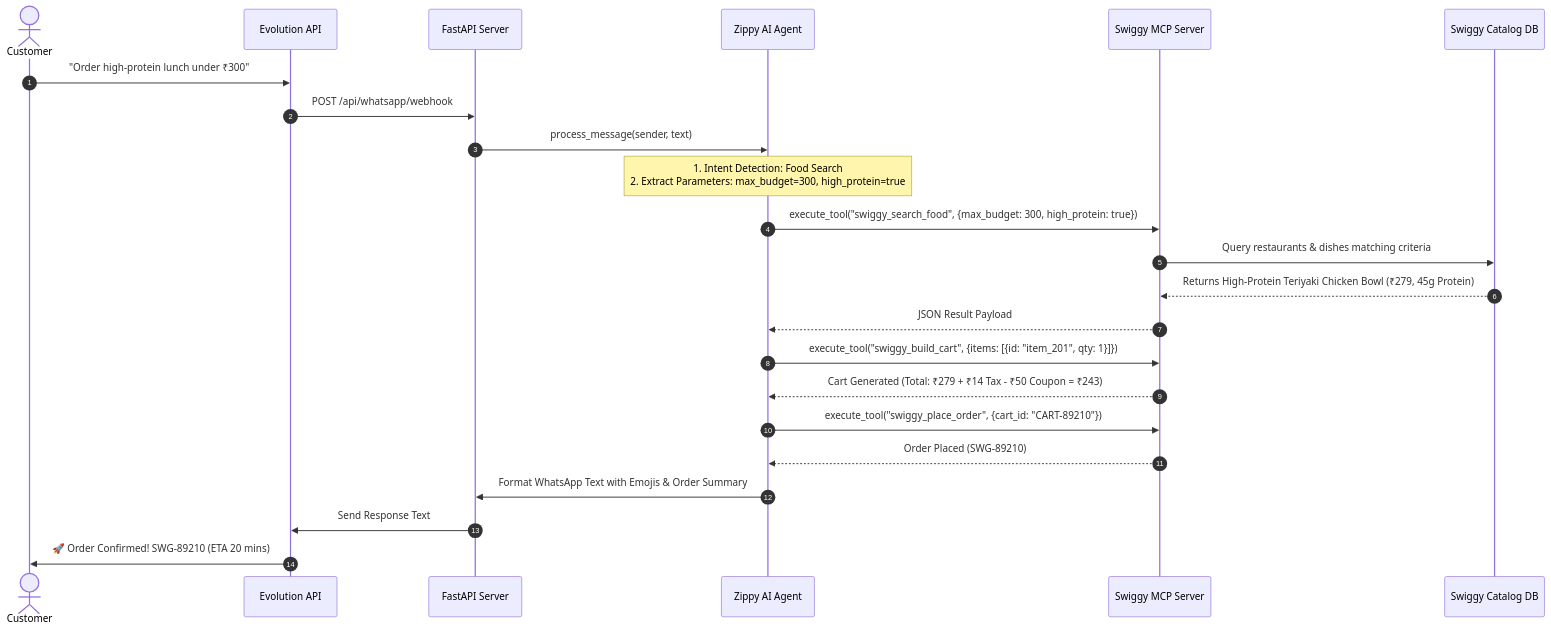
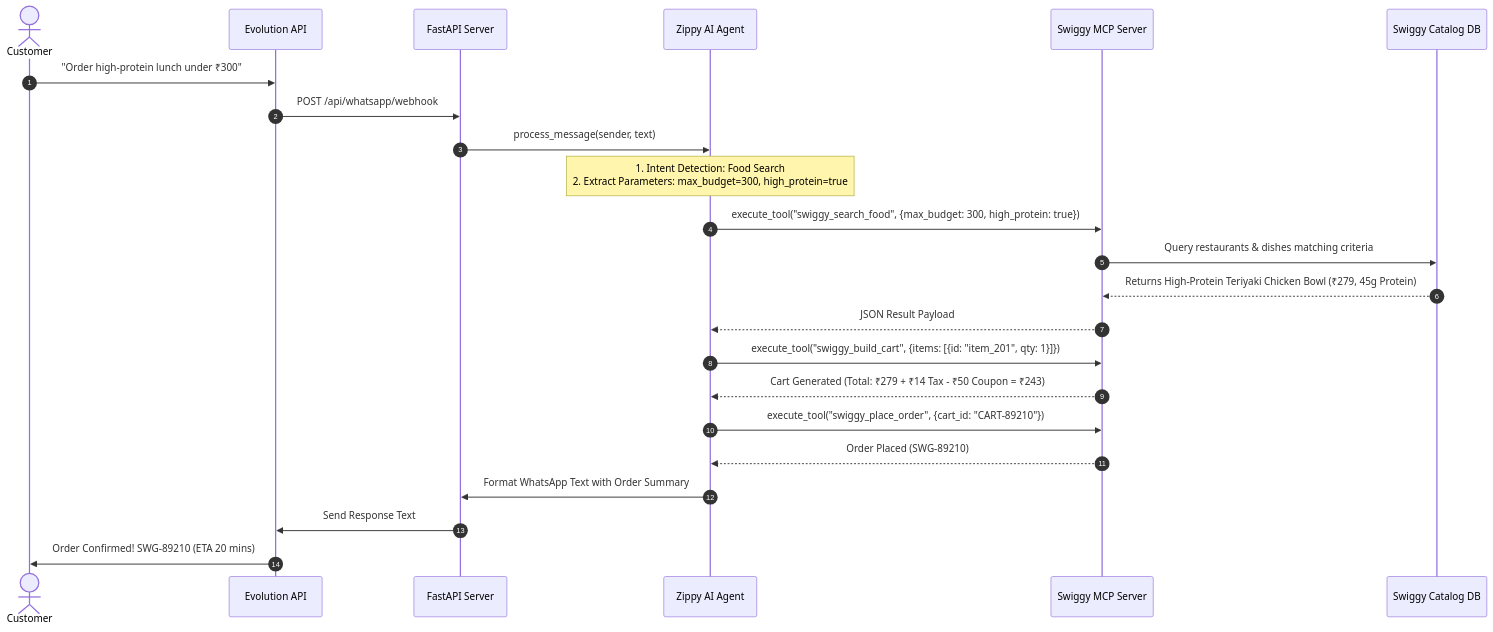
Before and after one commit to rajumanoj333/Zippy: the second of 2 diagrams in README.md, drawn with Mermaid. The commit also changed other lines of this file, not shown here.

````diff
--- a/README.md
+++ b/README.md
@@ -114,31 +90,31 @@
 ```mermaid
 sequenceDiagram
     autonumber
     actor Customer
     participant WhatsApp as Evolution API
     participant Backend as FastAPI Server
     participant Agent as Zippy AI Agent
     participant MCP as Swiggy MCP Server
     participant SwiggyDB as Swiggy Catalog DB
 
     Customer->>WhatsApp: "Order high-protein lunch under ₹300"
     WhatsApp->>Backend: POST /api/whatsapp/webhook
     Backend->>Agent: process_message(sender, text)
     
     Note over Agent: 1. Intent Detection: Food Search<br/>2. Extract Parameters: max_budget=300, high_protein=true
     
     Agent->>MCP: execute_tool("swiggy_search_food", {max_budget: 300, high_protein: true})
     MCP->>SwiggyDB: Query restaurants & dishes matching criteria
     SwiggyDB-->>MCP: Returns High-Protein Teriyaki Chicken Bowl (₹279, 45g Protein)
     MCP-->>Agent: JSON Result Payload
     
     Agent->>MCP: execute_tool("swiggy_build_cart", {items: [{id: "item_201", qty: 1}]})
     MCP-->>Agent: Cart Generated (Total: ₹279 + ₹14 Tax - ₹50 Coupon = ₹243)
     
     Agent->>MCP: execute_tool("swiggy_place_order", {cart_id: "CART-89210"})
     MCP-->>Agent: Order Placed (SWG-89210)
     
-    Agent->>Backend: Format WhatsApp Text with Emojis & Order Summary
+    Agent->>Backend: Format WhatsApp Text with Order Summary
     Backend->>WhatsApp: Send Response Text
-    WhatsApp->>Customer: 🚀 Order Confirmed! SWG-89210 (ETA 20 mins)
+    WhatsApp->>Customer: Order Confirmed! SWG-89210 (ETA 20 mins)
 ```
````
